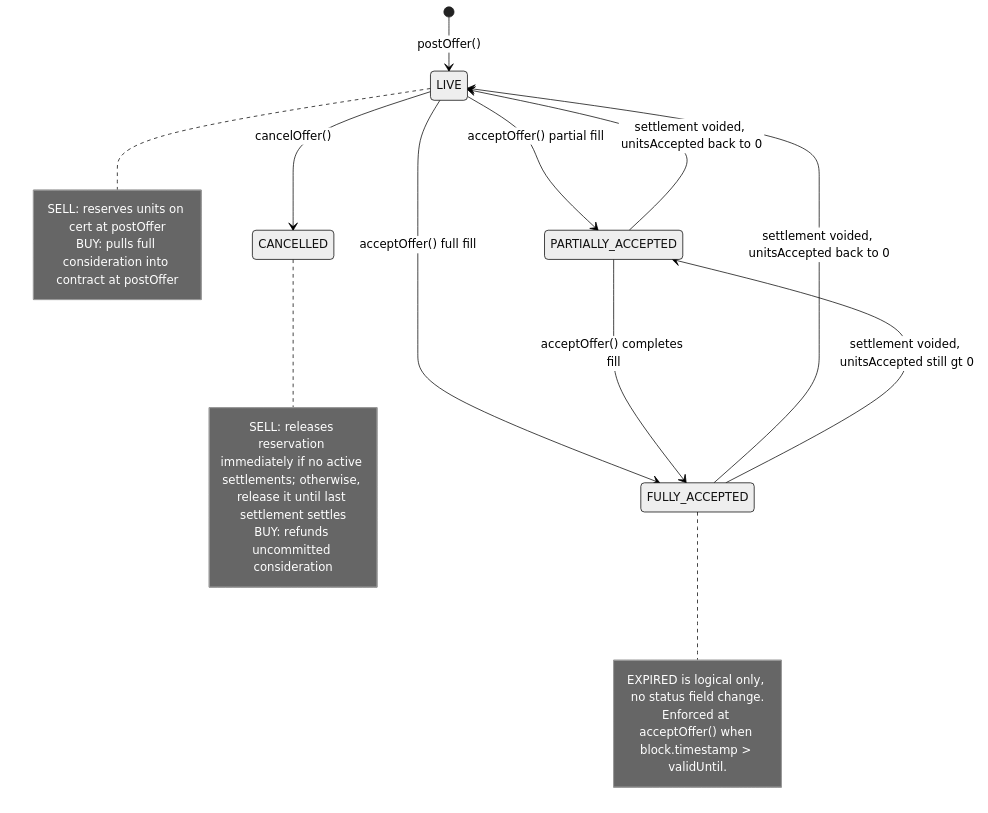
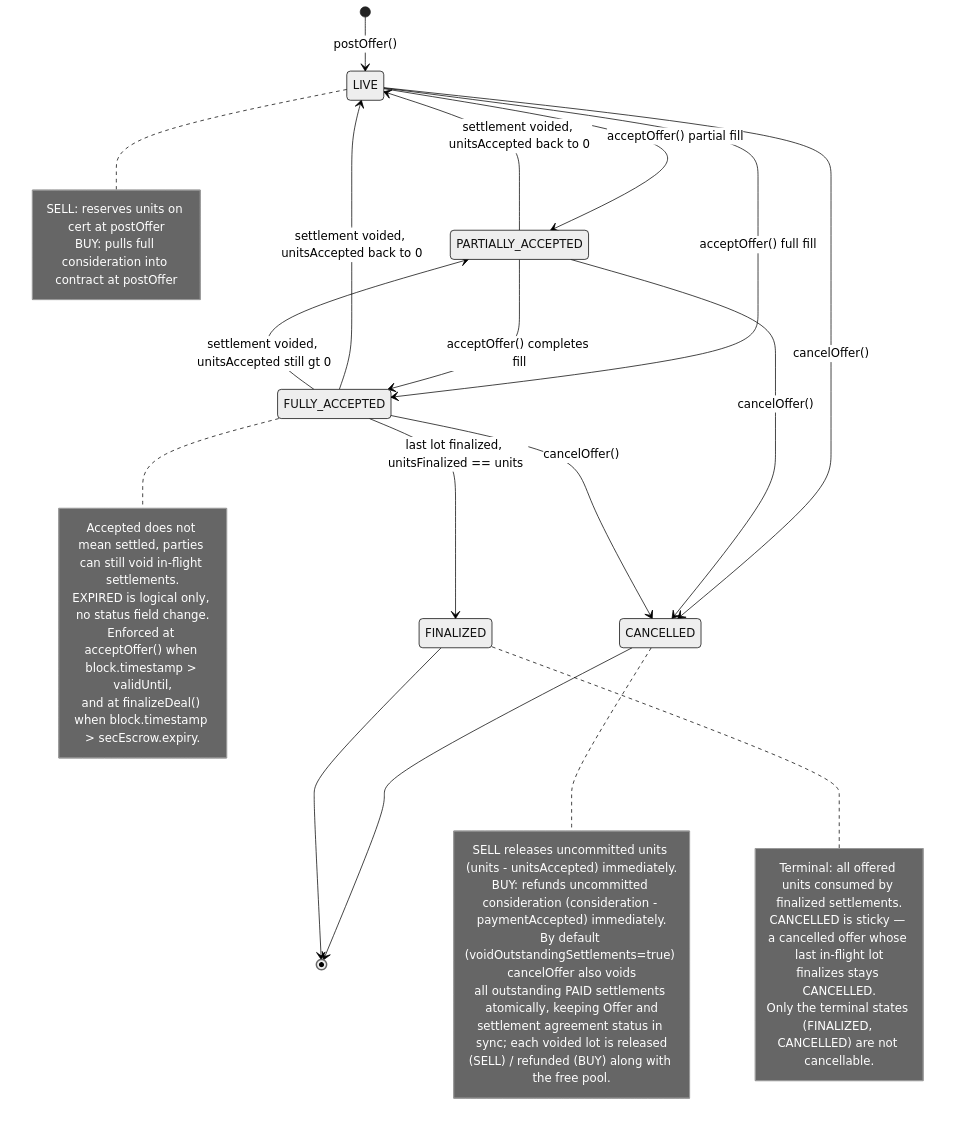
One commit to MetaLex-Tech/cybercorps-contracts changed the first of 6 diagrams in specs/analysis/dealManager secondary trades.md. Above: the diagram before and after it, drawn with Mermaid (neutral theme). The commit also changed other lines of this file and 4 other files, not shown here.

Commit message:
feat: cancelOffer with voidOutstandingSettlements. Misc fixes

````diff
--- a/specs/analysis/dealManager secondary trades.md
+++ b/specs/analysis/dealManager secondary trades.md
@@ -10,23 +10,40 @@
 ```mermaid
 stateDiagram-v2
     [*] --> LIVE: postOffer()
     LIVE --> CANCELLED: cancelOffer()
+    PARTIALLY_ACCEPTED --> CANCELLED: cancelOffer()
+    FULLY_ACCEPTED --> CANCELLED: cancelOffer()
     LIVE --> PARTIALLY_ACCEPTED: acceptOffer() partial fill
     LIVE --> FULLY_ACCEPTED: acceptOffer() full fill
     PARTIALLY_ACCEPTED --> FULLY_ACCEPTED: acceptOffer() completes fill
     PARTIALLY_ACCEPTED --> LIVE: settlement voided, unitsAccepted back to 0
     FULLY_ACCEPTED --> LIVE: settlement voided, unitsAccepted back to 0
     FULLY_ACCEPTED --> PARTIALLY_ACCEPTED: settlement voided, unitsAccepted still gt 0
+    FULLY_ACCEPTED --> FINALIZED: last lot finalized, unitsFinalized == units
+    CANCELLED --> [*]
+    FINALIZED --> [*]
     note right of LIVE
         SELL: reserves units on cert at postOffer
         BUY: pulls full consideration into contract at postOffer
     end note
     note right of CANCELLED
-        SELL: releases reservation immediately if no active settlements; otherwise, release it until last settlement settles
-        BUY: refunds uncommitted consideration
+        SELL releases uncommitted units (units - unitsAccepted) immediately.
+        BUY: refunds uncommitted consideration (consideration - paymentAccepted) immediately.
+        By default (voidOutstandingSettlements=true) cancelOffer also voids
+        all outstanding PAID settlements atomically, keeping Offer and
+        settlement agreement status in sync; each voided lot is released
+        (SELL) / refunded (BUY) along with the free pool.
+    end note
+    note right of FINALIZED
+        Terminal: all offered units consumed by finalized settlements.
+        CANCELLED is sticky — a cancelled offer whose last in-flight lot
+        finalizes stays CANCELLED.
+        Only the terminal states (FINALIZED, CANCELLED) are not cancellable.
     end note
     note right of FULLY_ACCEPTED
+        Accepted does not mean settled, parties can still void in-flight settlements.
         EXPIRED is logical only, no status field change.
-        Enforced at acceptOffer() when block.timestamp > validUntil.
+        Enforced at acceptOffer() when block.timestamp > validUntil,
+        and at finalizeDeal() when block.timestamp > secEscrow.expiry.
     end note
 ```
````
